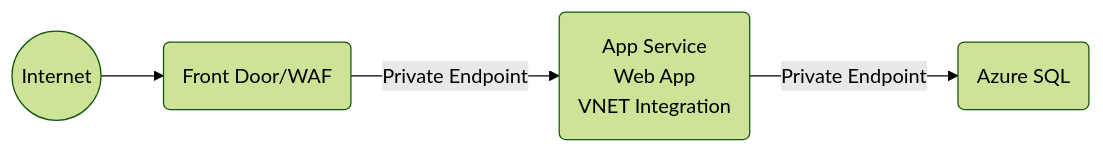
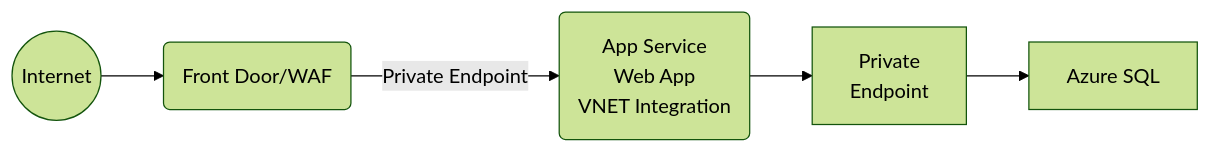
One commit to msalemor/app-services-networking changed the fifth of 7 diagrams in README.md. Above: the diagram before and after it, drawn with Mermaid (forest theme). The commit also changed other lines of this file, not shown here.

````diff
--- a/README.md
+++ b/README.md
@@ -105,6 +106,7 @@
 ```mermaid
 graph LR;
     A((Internet))-->B(Front Door/WAF);
     B-- Private Endpoint -->C(App Service<br/>Web App<br/>VNET Integration);
-    C-- Private Endpoint-->D(Azure SQL);   
+    C-->D[Private<br/>Endpoint];
+    D-->E[Azure SQL]    
 ```
````
